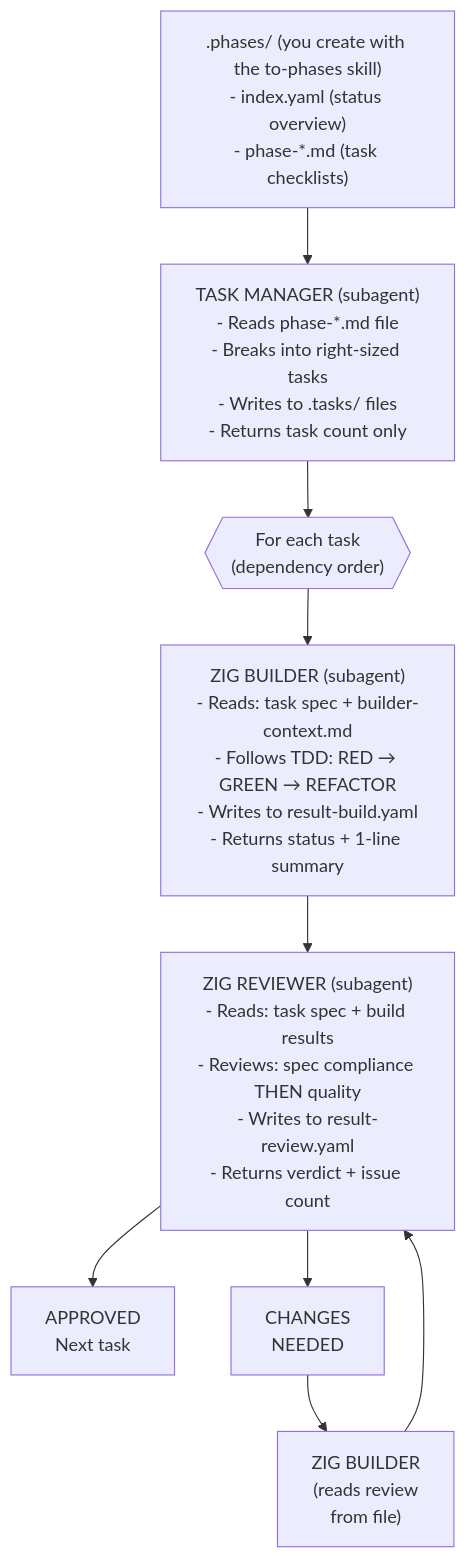
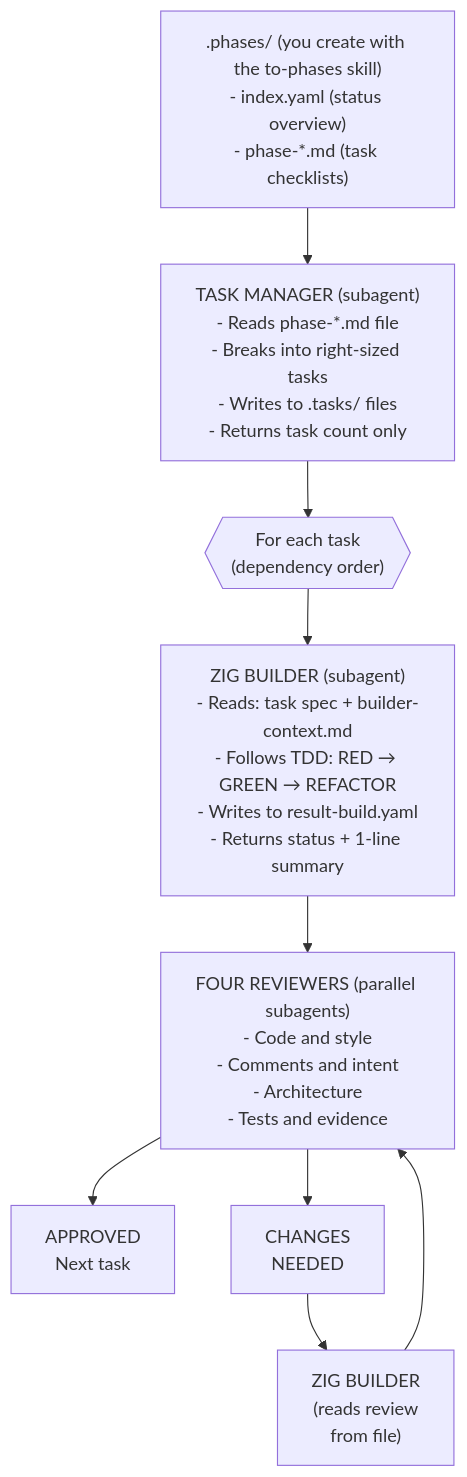
The diagram in modules/home/llm/skills/zig-team/SKILL.md (curtbushko/nixos-config), drawn with Mermaid before and after one commit. The commit also changed other lines of this file and 9 other files, not shown here.

Commit message:
feat(skills): add targeted zig review agents

````diff
--- a/modules/home/llm/skills/zig-team/SKILL.md
+++ b/modules/home/llm/skills/zig-team/SKILL.md
@@ -20,25 +20,25 @@
 ```mermaid
 flowchart TD
     PLANS[".phases/ (you create with the to-phases skill)<br/>- index.yaml (status overview)<br/>- phase-*.md (task checklists)"]
 
     TASK_MGR["TASK MANAGER (subagent)<br/>- Reads phase-*.md file<br/>- Breaks into right-sized tasks<br/>- Writes to .tasks/ files<br/>- Returns task count only"]
 
     LOOP{{"For each task<br/>(dependency order)"}}
 
     BUILDER["ZIG BUILDER (subagent)<br/>- Reads: task spec + builder-context.md<br/>- Follows TDD: RED → GREEN → REFACTOR<br/>- Writes to result-build.yaml<br/>- Returns status + 1-line summary"]
 
-    REVIEWER["ZIG REVIEWER (subagent)<br/>- Reads: task spec + build results<br/>- Reviews: spec compliance THEN quality<br/>- Writes to result-review.yaml<br/>- Returns verdict + issue count"]
+    REVIEWS["FOUR REVIEWERS (parallel subagents)<br/>- Code and style<br/>- Comments and intent<br/>- Architecture<br/>- Tests and evidence"]
 
     APPROVED["APPROVED<br/>Next task"]
     CHANGES["CHANGES<br/>NEEDED"]
     FIX["ZIG BUILDER<br/>(reads review<br/>from file)"]
 
     PLANS --> TASK_MGR
     TASK_MGR --> LOOP
     LOOP --> BUILDER
-    BUILDER --> REVIEWER
-    REVIEWER --> APPROVED
-    REVIEWER --> CHANGES
+    BUILDER --> REVIEWS
+    REVIEWS --> APPROVED
+    REVIEWS --> CHANGES
     CHANGES --> FIX
-    FIX --> REVIEWER
+    FIX --> REVIEWS
 ```
````
